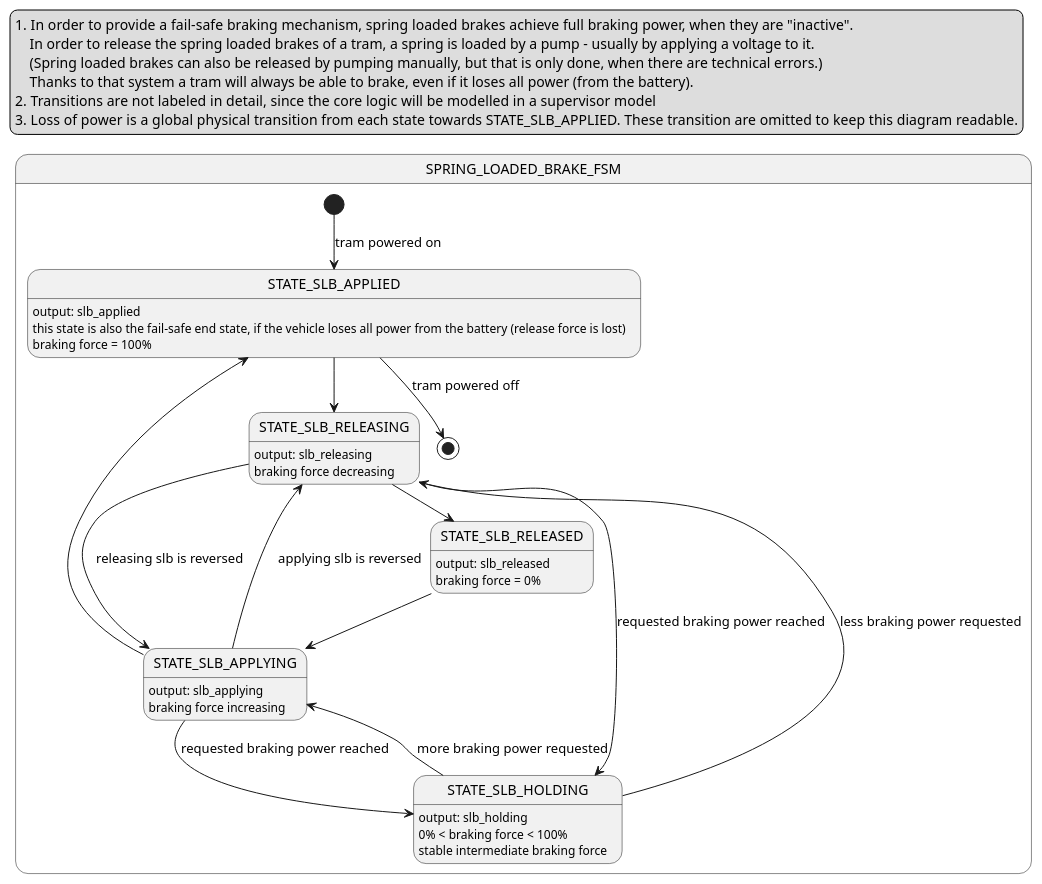
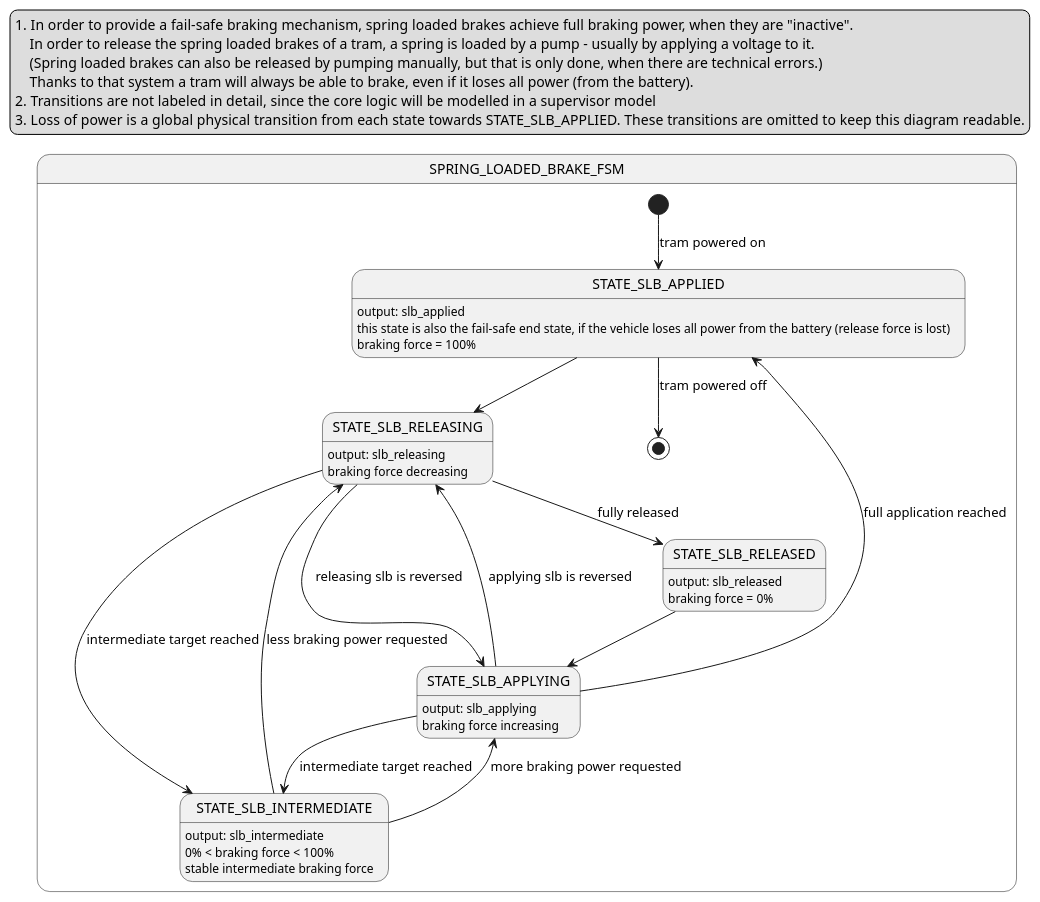
Before and after one commit to paetzholdt/CANRepo: the diagram in docs/models/state_machines/node-drive-controller/spring_loaded_brake_fsm.puml, drawn with PlantUML. The commit also changed 2 other files, not shown here.

```diff
--- a/docs/models/state_machines/node-drive-controller/spring_loaded_brake_fsm.puml
+++ b/docs/models/state_machines/node-drive-controller/spring_loaded_brake_fsm.puml
@@ -1,58 +1,58 @@
 @startuml spring_loaded_brake_fsm
 
 legend top
 1.  In order to provide a fail-safe braking mechanism, spring loaded brakes achieve full braking power, when they are "inactive".
     In order to release the spring loaded brakes of a tram, a spring is loaded by a pump - usually by applying a voltage to it.
     (Spring loaded brakes can also be released by pumping manually, but that is only done, when there are technical errors.)
     Thanks to that system a tram will always be able to brake, even if it loses all power (from the battery).
 2.  Transitions are not labeled in detail, since the core logic will be modelled in a supervisor model
-3.  Loss of power is a global physical transition from each state towards STATE_SLB_APPLIED. These transition are omitted to keep this diagram readable.
+3.  Loss of power is a global physical transition from each state towards STATE_SLB_APPLIED. These transitions are omitted to keep this diagram readable.
 endlegend
 
 state SPRING_LOADED_BRAKE_FSM {
     state STATE_SLB_APPLIED
     state STATE_SLB_APPLYING
+    state STATE_SLB_INTERMEDIATE
     state STATE_SLB_RELEASING
     state STATE_SLB_RELEASED
-    state STATE_SLB_HOLDING
 
 
     STATE_SLB_APPLIED: output: slb_applied
     STATE_SLB_APPLIED: this state is also the fail-safe end state, if the vehicle loses all power from the battery (release force is lost)
     STATE_SLB_APPLIED: braking force = 100%
 
     STATE_SLB_APPLYING: output: slb_applying
     STATE_SLB_APPLYING: braking force increasing
 
     STATE_SLB_RELEASING: output: slb_releasing
     STATE_SLB_RELEASING: braking force decreasing
 
     STATE_SLB_RELEASED: output: slb_released
     STATE_SLB_RELEASED: braking force = 0%
 
-    STATE_SLB_HOLDING: output: slb_holding
-    STATE_SLB_HOLDING: 0% < braking force < 100%
-    STATE_SLB_HOLDING: stable intermediate braking force
+    STATE_SLB_INTERMEDIATE: output: slb_intermediate
+    STATE_SLB_INTERMEDIATE: 0% < braking force < 100%
+    STATE_SLB_INTERMEDIATE: stable intermediate braking force
 
 
     [*] --> STATE_SLB_APPLIED: tram powered on
     STATE_SLB_APPLIED --> [*]: tram powered off
 
     STATE_SLB_APPLIED --> STATE_SLB_RELEASING
-    STATE_SLB_RELEASING --> STATE_SLB_RELEASED
+    STATE_SLB_RELEASING --> STATE_SLB_RELEASED : fully released
 
     STATE_SLB_RELEASED --> STATE_SLB_APPLYING
-    STATE_SLB_APPLYING --> STATE_SLB_APPLIED
+    STATE_SLB_APPLYING --> STATE_SLB_APPLIED : full application reached
 
 
     STATE_SLB_APPLYING --> STATE_SLB_RELEASING : applying slb is reversed
     STATE_SLB_RELEASING --> STATE_SLB_APPLYING : releasing slb is reversed
 
-    STATE_SLB_HOLDING --> STATE_SLB_APPLYING : more braking power requested
-    STATE_SLB_APPLYING --> STATE_SLB_HOLDING : requested braking power reached
+    STATE_SLB_INTERMEDIATE --> STATE_SLB_APPLYING : more braking power requested
+    STATE_SLB_APPLYING --> STATE_SLB_INTERMEDIATE : intermediate target reached
 
-    STATE_SLB_HOLDING --> STATE_SLB_RELEASING : less braking power requested
-    STATE_SLB_RELEASING --> STATE_SLB_HOLDING : requested braking power reached
+    STATE_SLB_INTERMEDIATE --> STATE_SLB_RELEASING : less braking power requested
+    STATE_SLB_RELEASING --> STATE_SLB_INTERMEDIATE : intermediate target reached
 }
 
 @enduml
```
